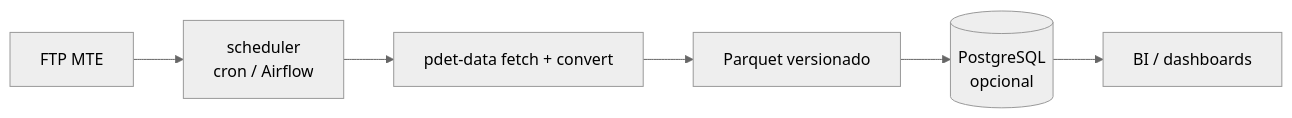
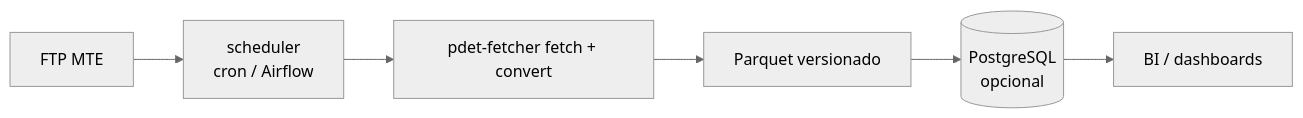
Before and after one commit to Quantilica/docs: the second of 2 diagrams in docs/trabalho/index.md, drawn with Mermaid (neutral theme). The commit also changed other lines of this file and 9 other files, not shown here.

First line of the commit message:
docs: rename pdet-data → pdet-fetcher throughout

````diff
--- a/docs/trabalho/index.md
+++ b/docs/trabalho/index.md
@@ -32,8 +32,8 @@
 ```mermaid
 graph LR
     A[FTP MTE] --> B[scheduler<br/>cron / Airflow]
-    B --> C[pdet-data fetch + convert]
+    B --> C[pdet-fetcher fetch + convert]
     C --> D[Parquet versionado]
     D --> E[(PostgreSQL<br/>opcional)]
     E --> F[BI / dashboards]
 ```
````
